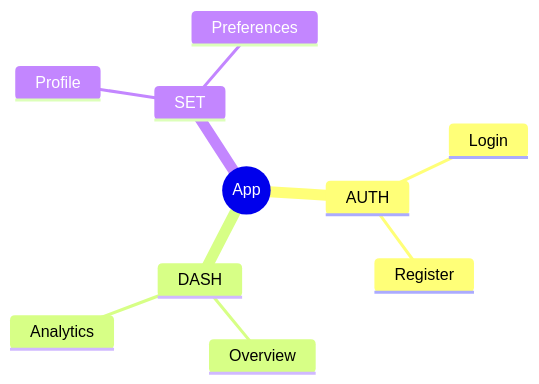
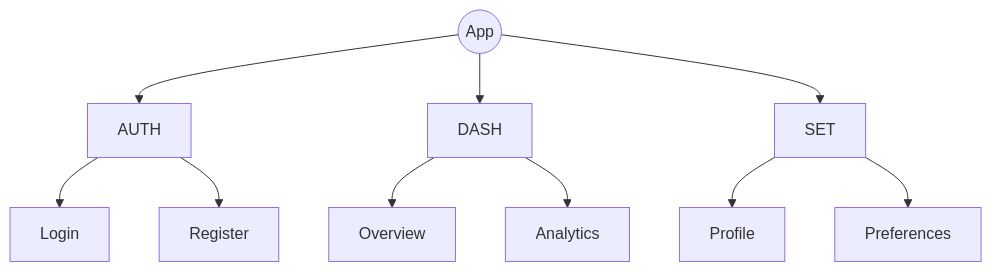
The first of 2 diagrams in agents/u-ux.md (upleat-ax/u-maker-plugin), drawn with Mermaid before and after one commit. The commit also changed other lines of this file and 10 other files, not shown here.

First line of the commit message:
feat(plugin): enhance SRS requirements, add multi-diagram types, and user scenario structure

````diff
--- a/agents/u-ux.md
+++ b/agents/u-ux.md
@@ -78,13 +83,12 @@
 ```mermaid
-mindmap
-    root((App))
-        AUTH
-            Login
-            Register
-        DASH
-            Overview
-            Analytics
-        SET
-            Profile
-            Preferences
+flowchart TD
+    APP((App)) --> AUTH["AUTH"]
+    APP --> DASH["DASH"]
+    APP --> SET["SET"]
+    AUTH --> Login
+    AUTH --> Register
+    DASH --> Overview
+    DASH --> Analytics
+    SET --> Profile
+    SET --> Preferences
 ```
````
